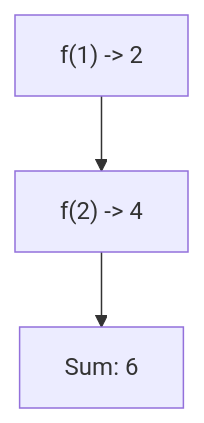
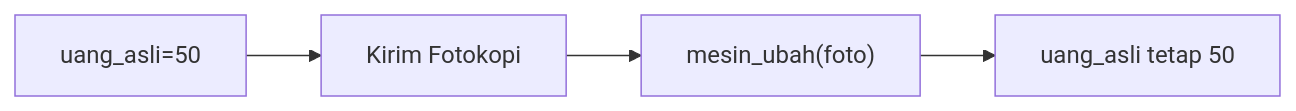
The ninth of 25 diagrams in part-c-pemahaman-cpp/04-fungsi/latihan/set-09.md (amnahwaida/OSNK_INF_PREP), drawn with Mermaid before and after one commit. The commit also changed other lines of this file and 71 other files, not shown here.

````diff
--- a/part-c-pemahaman-cpp/04-fungsi/latihan/set-09.md
+++ b/part-c-pemahaman-cpp/04-fungsi/latihan/set-09.md
@@ -234,5 +245,6 @@
 ```mermaid
-graph TD
-A["f(1) -> 2"] --> B["f(2) -> 4"]
-B --> C["Sum: 6"]
+graph LR
+A["uang_asli=50"] --> B["Kirim Fotokopi"]
+B --> C["mesin_ubah(foto)"]
+C --> D["uang_asli tetap 50"]
 ```
````
